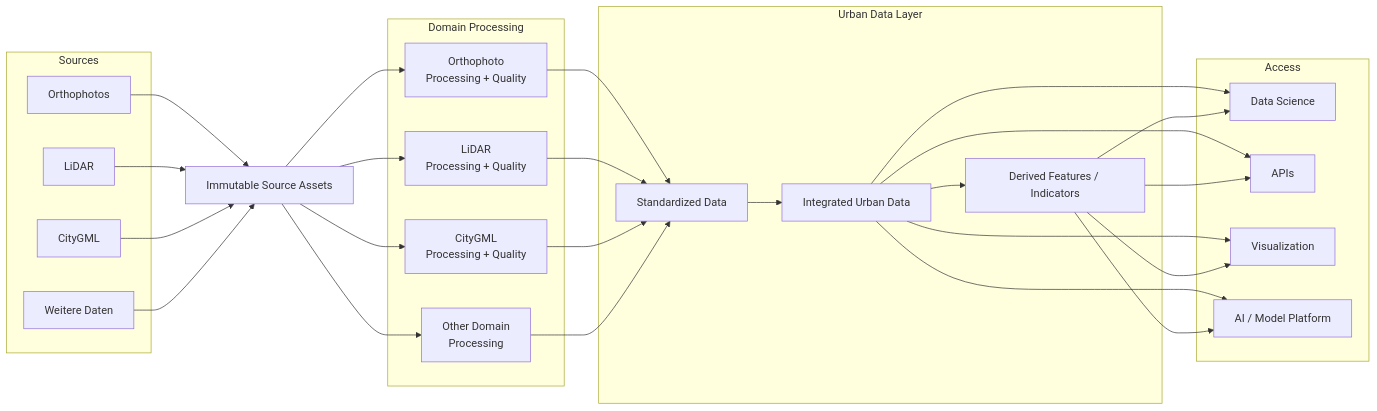
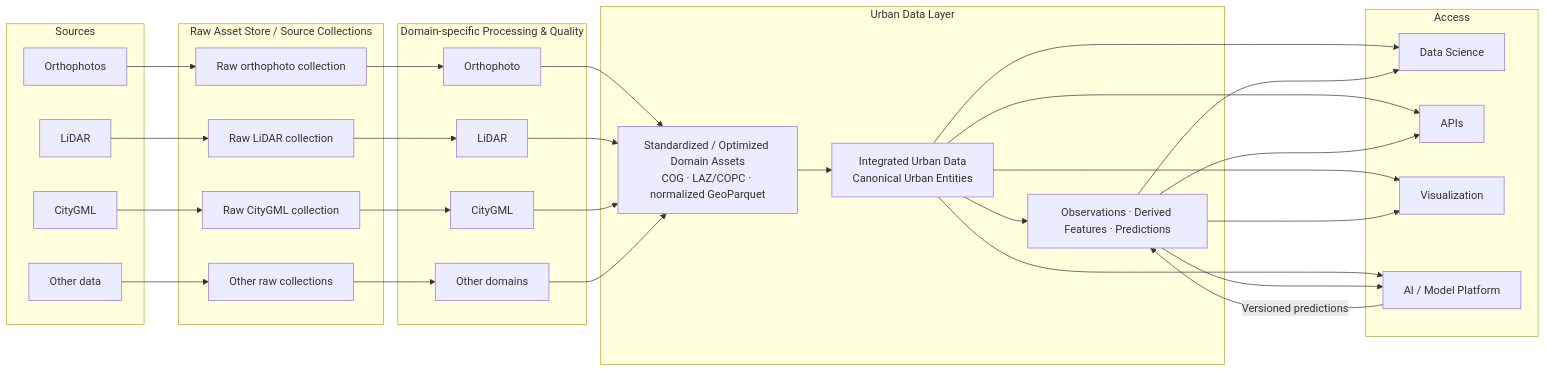
Before and after one commit to Thomas-Malchers/urban_ai_lab: the diagram in docs/l1-data-platform.md, drawn with Mermaid. The commit also changed other lines of this file and 12 other files, not shown here.

````diff
--- a/docs/l1-data-platform.md
+++ b/docs/l1-data-platform.md
@@ -5,32 +5,41 @@
 ```mermaid
 flowchart LR
     subgraph S["Sources"]
         O["Orthophotos"]
         L["LiDAR"]
         C["CityGML"]
-        E["Weitere Daten"]
+        E["Other data"]
     end
-    RAW["Immutable Source Assets"]
-    subgraph P["Domain Processing"]
-        OP["Orthophoto<br/>Processing + Quality"]
-        LP["LiDAR<br/>Processing + Quality"]
-        CP["CityGML<br/>Processing + Quality"]
-        EP["Other Domain<br/>Processing"]
+    subgraph R["Raw Asset Store / Source Collections"]
+        RO["Raw orthophoto collection"]
+        RL["Raw LiDAR collection"]
+        RC["Raw CityGML collection"]
+        RE["Other raw collections"]
+    end
+    subgraph P["Domain-specific Processing & Quality"]
+        OP["Orthophoto"]
+        LP["LiDAR"]
+        CP["CityGML"]
+        EP["Other domains"]
     end
     subgraph D["Urban Data Layer"]
-        STD["Standardized Data"]
-        INT["Integrated Urban Data"]
-        DER["Derived Features / Indicators"]
+        STD["Standardized / Optimized Domain Assets<br/>COG · LAZ/COPC · normalized GeoParquet"]
+        INT["Integrated Urban Data<br/>Canonical Urban Entities"]
+        DER["Observations · Derived Features · Predictions"]
     end
     subgraph A["Access"]
         DS["Data Science"]
         API["APIs"]
         VIS["Visualization"]
-        AI["AI / Model Platform"]
+        AIM["AI / Model Platform"]
     end
-    O & L & C & E --> RAW
-    RAW --> OP & LP & CP & EP
+
+    O --> RO --> OP
+    L --> RL --> LP
+    C --> RC --> CP
+    E --> RE --> EP
     OP & LP & CP & EP --> STD
     STD --> INT --> DER
-    INT & DER --> DS & API & VIS & AI
+    INT & DER --> DS & API & VIS & AIM
+    AIM -- "Versioned predictions" --> DER
 ```
````
